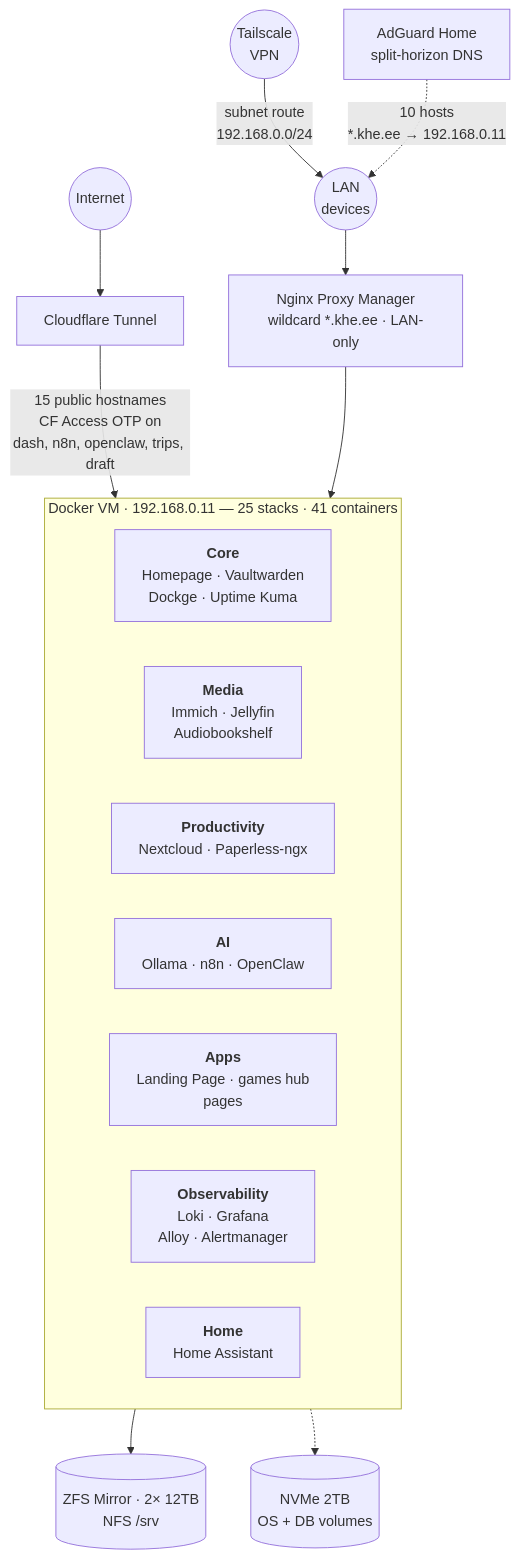
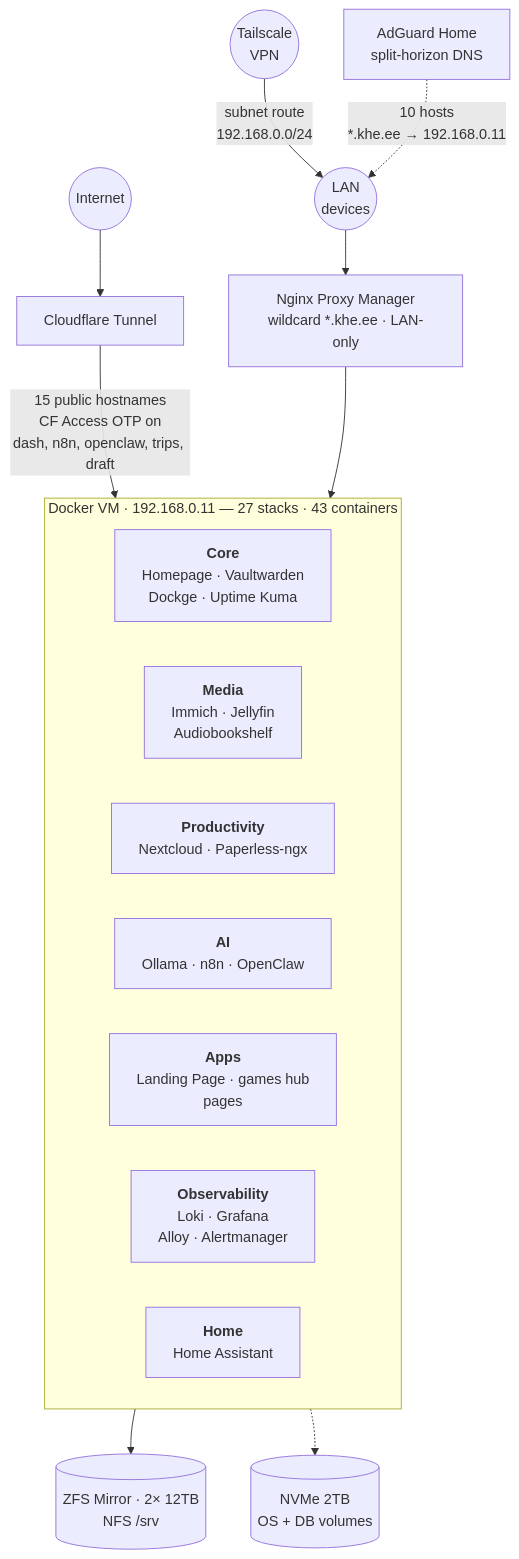
One commit to khelias/khe-homelab changed the diagram in README.md. Above: the diagram before and after it, drawn with Mermaid. The commit also changed other lines of this file and 3 other files, not shown here.

````diff
--- a/README.md
+++ b/README.md
@@ -7,28 +7,28 @@
 ```mermaid
 graph TB
     Internet((Internet))
     VPN((Tailscale<br/>VPN))
     LAN((LAN<br/>devices))
 
     Internet --> CF[Cloudflare Tunnel]
     VPN -->|subnet route<br/>192.168.0.0/24| LAN
     AG[AdGuard Home<br/>split-horizon DNS] -.->|10 hosts<br/>*.khe.ee → 192.168.0.11| LAN
     LAN --> NPM[Nginx Proxy Manager<br/>wildcard *.khe.ee · LAN-only]
 
     CF -->|15 public hostnames<br/>CF Access OTP on<br/>dash, n8n, openclaw, trips, draft| DVM
     NPM --> DVM
 
-    subgraph DVM[Docker VM · 192.168.0.11 — 25 stacks · 41 containers]
+    subgraph DVM[Docker VM · 192.168.0.11 — 27 stacks · 43 containers]
         direction LR
         Core["<b>Core</b><br/>Homepage · Vaultwarden<br/>Dockge · Uptime Kuma"]
         Media["<b>Media</b><br/>Immich · Jellyfin<br/>Audiobookshelf"]
         Prod["<b>Productivity</b><br/>Nextcloud · Paperless-ngx"]
         AI["<b>AI</b><br/>Ollama · n8n · OpenClaw"]
         Apps["<b>Apps</b><br/>Landing Page · games hub<br/>pages"]
         Obs["<b>Observability</b><br/>Loki · Grafana<br/>Alloy · Alertmanager"]
         Home["<b>Home</b><br/>Home Assistant"]
     end
 
     DVM --> HDD[(ZFS Mirror · 2× 12TB<br/>NFS /srv)]
     DVM -.-> NVMe[(NVMe 2TB<br/>OS + DB volumes)]
 ```
````
